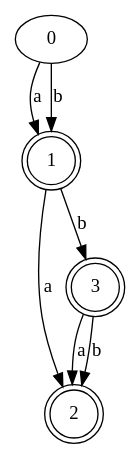
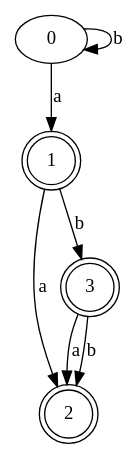
One commit to easymoneysnipertang/Compiler changed the diagram in OT1/minDFA0.dot. Above: the diagram before and after it, drawn with Graphviz. The commit also changed 3 other files, not shown here.

```diff
--- a/OT1/minDFA0.dot
+++ b/OT1/minDFA0.dot
@@ -1,11 +1,11 @@
 digraph G {
 	0 -> 1 [label="a"];
-	0 -> 1 [label="b"];
+	0 -> 0 [label="b"];
 	1 -> 2 [label="a"];
 	1 -> 3 [label="b"];
 	1 [shape=doublecircle];
 	2 [shape=doublecircle];
 	3 -> 2 [label="a"];
 	3 -> 2 [label="b"];
 	3 [shape=doublecircle];
 }
```
